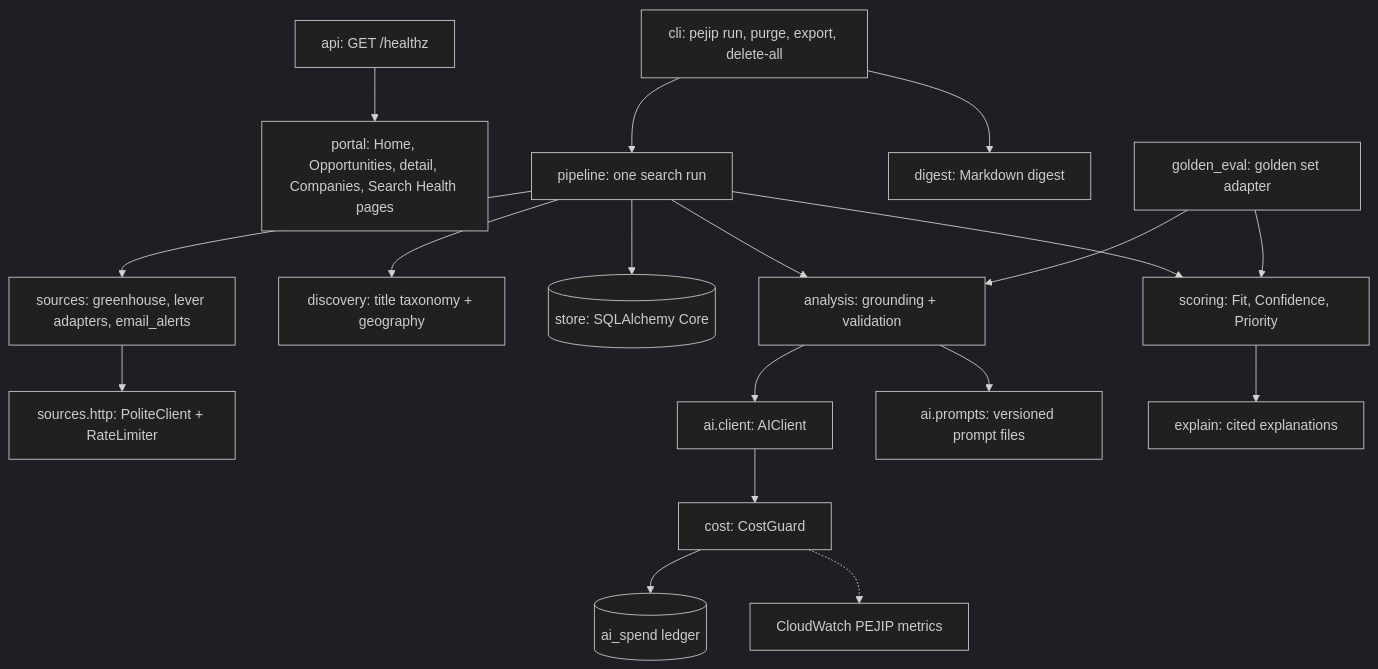
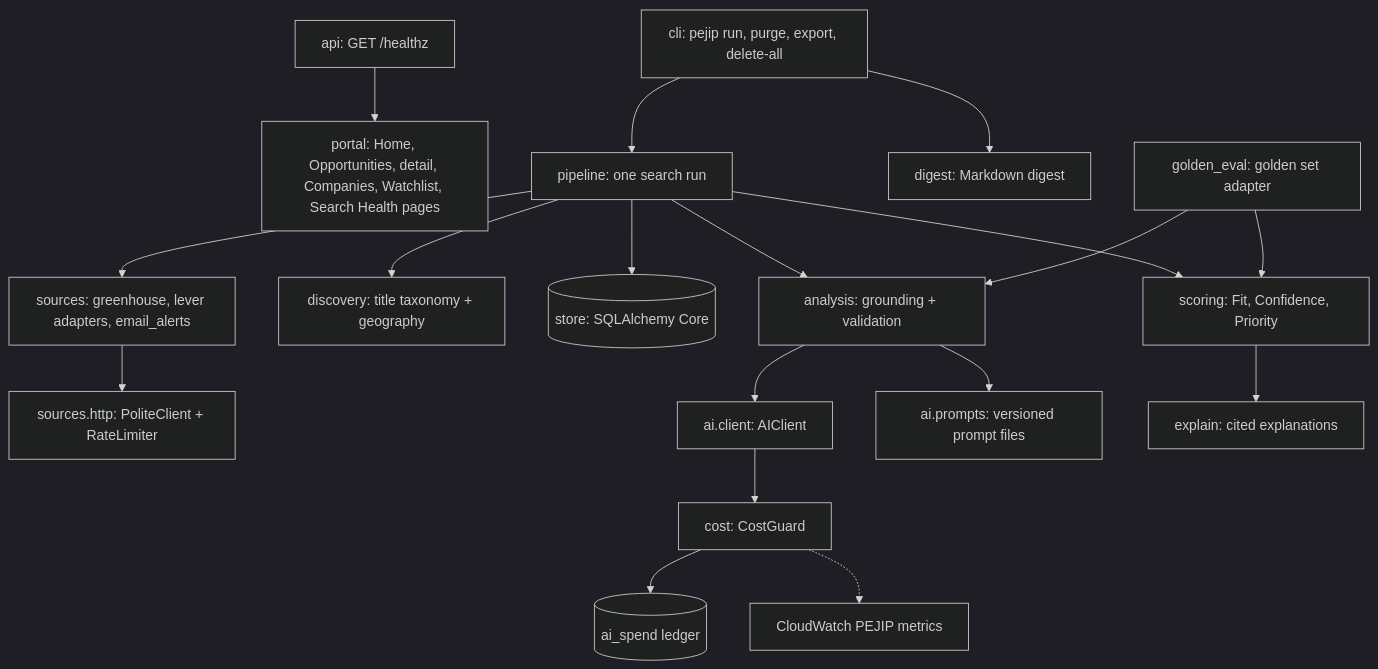
Before and after one commit to madduri-ops/PEJIP: the diagram in docs/architecture/components.md, drawn with Mermaid (dark theme). The commit also changed other lines of this file and 7 other files, not shown here.

First line of the commit message:
Add the portal's Watchlist page

````diff
--- a/docs/architecture/components.md
+++ b/docs/architecture/components.md
@@ -7,34 +7,34 @@
 ```mermaid
 flowchart TB
     api[api: GET /healthz]
-    portal[portal: Home, Opportunities, detail, Companies, Search Health pages]
+    portal[portal: Home, Opportunities, detail, Companies, Watchlist, Search Health pages]
     api --> portal
     cli[cli: pejip run, purge, export, delete-all]
     pipe[pipeline: one search run]
     src[sources: greenhouse, lever adapters, email_alerts]
     http[sources.http: PoliteClient + RateLimiter]
     disc[discovery: title taxonomy + geography]
     store[(store: SQLAlchemy Core)]
     ana[analysis: grounding + validation]
     ai[ai.client: AIClient]
     guard[cost: CostGuard]
     ledger[(ai_spend ledger)]
     cw[CloudWatch PEJIP metrics]
     prompts[ai.prompts: versioned prompt files]
     score[scoring: Fit, Confidence, Priority]
     explain[explain: cited explanations]
     digest[digest: Markdown digest]
     evals[golden_eval: golden set adapter]
     cli --> pipe
     pipe --> src --> http
     pipe --> disc
     pipe --> store
     pipe --> ana --> ai
     ana --> prompts
     ai --> guard --> ledger
     guard -.-> cw
     pipe --> score --> explain
     cli --> digest
     evals --> ana
     evals --> score
 ```
````
